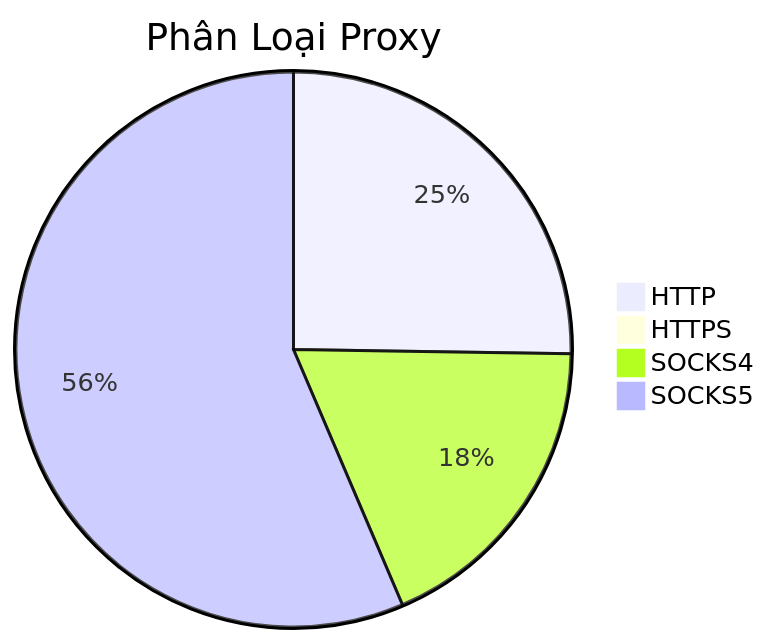
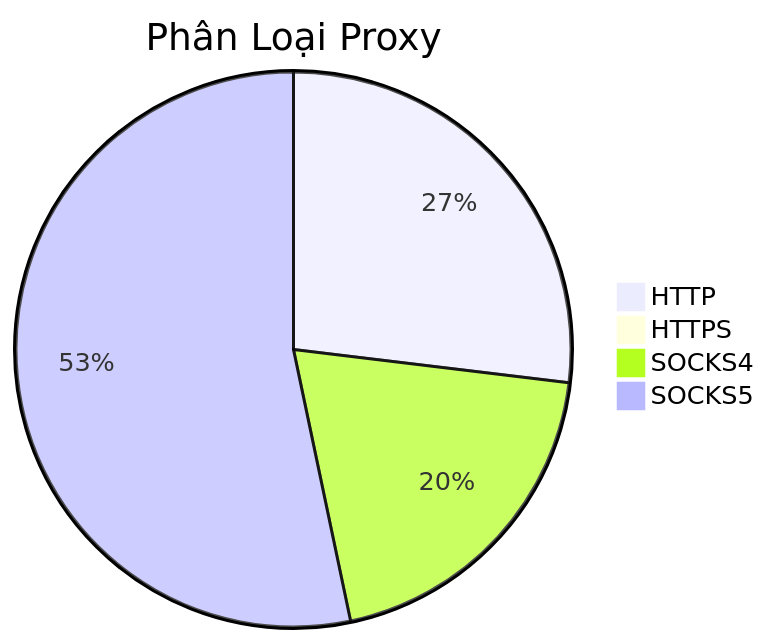
Before and after one commit to Ciara-Aa/PROXY-free: the diagram in README.md, drawn with Mermaid. The commit also changed other lines of this file and 4 other files, not shown here.

````diff
--- a/README.md
+++ b/README.md
@@ -26,7 +26,7 @@
 ```mermaid
 pie title Phân Loại Proxy
-    "HTTP" : 344
-    "HTTPS" : 4
-    "SOCKS4" : 250
-    "SOCKS5" : 769
+    "HTTP" : 359
+    "HTTPS" : 2
+    "SOCKS4" : 264
+    "SOCKS5" : 711
 ```
````
